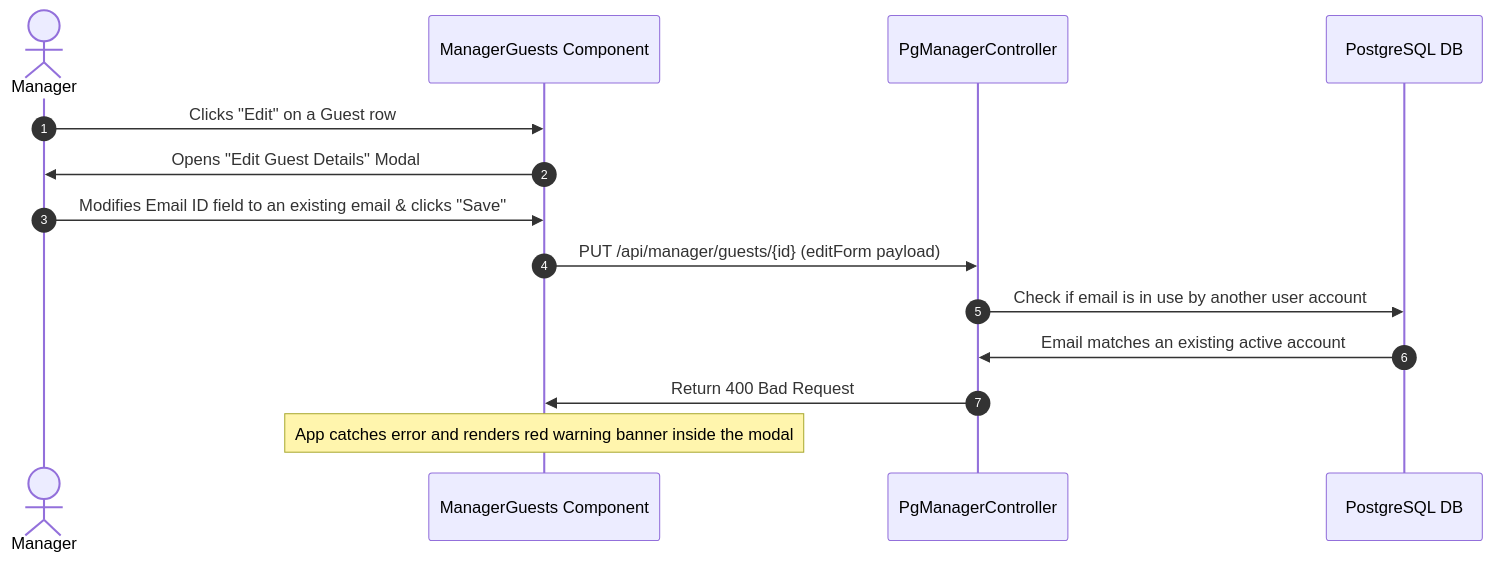
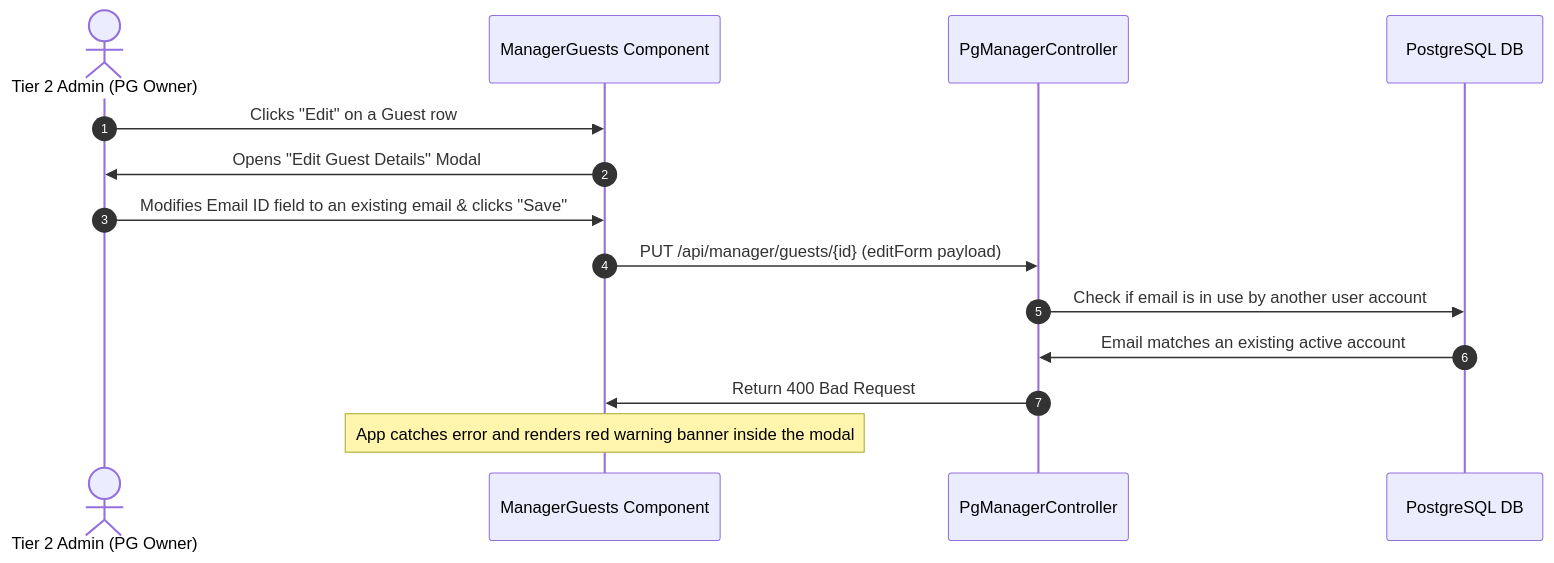
One commit to rahul-0906/PG-Project changed diagram 20 of 21 in docs/WORKFLOWS.md. Above: the diagram before and after it, drawn with Mermaid. The commit also changed other lines of this file and 7 other files, not shown here.

Commit message:
Comprehensive documentation overhaul: update 4-tier roles, workflows, calculations, architecture, and onboarding SOP

````diff
--- a/docs/WORKFLOWS.md
+++ b/docs/WORKFLOWS.md
@@ -666,17 +677,17 @@
 ```mermaid
 sequenceDiagram
     autonumber
-    actor Manager
+    actor Admin as Tier 2 Admin (PG Owner)
     participant App as ManagerGuests Component
     participant Controller as PgManagerController
     participant DB as PostgreSQL DB
 
-    Manager->>App: Clicks "Edit" on a Guest row
-    App->>Manager: Opens "Edit Guest Details" Modal
-    Manager->>App: Modifies Email ID field to an existing email & clicks "Save"
+    Admin->>App: Clicks "Edit" on a Guest row
+    App->>Admin: Opens "Edit Guest Details" Modal
+    Admin->>App: Modifies Email ID field to an existing email & clicks "Save"
     App->>Controller: PUT /api/manager/guests/{id} (editForm payload)
     Controller->>DB: Check if email is in use by another user account
     DB->>Controller: Email matches an existing active account
     Controller->>App: Return 400 Bad Request
     Note over App: App catches error and renders red warning banner inside the modal
 ```
````
